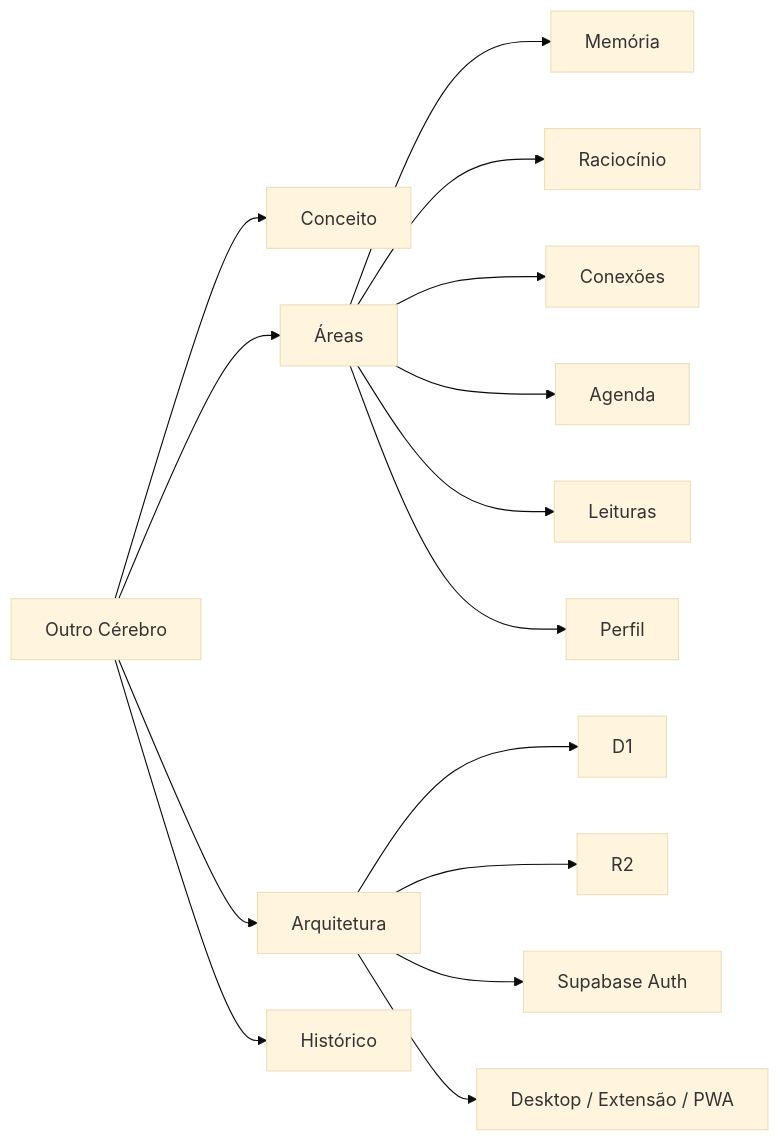
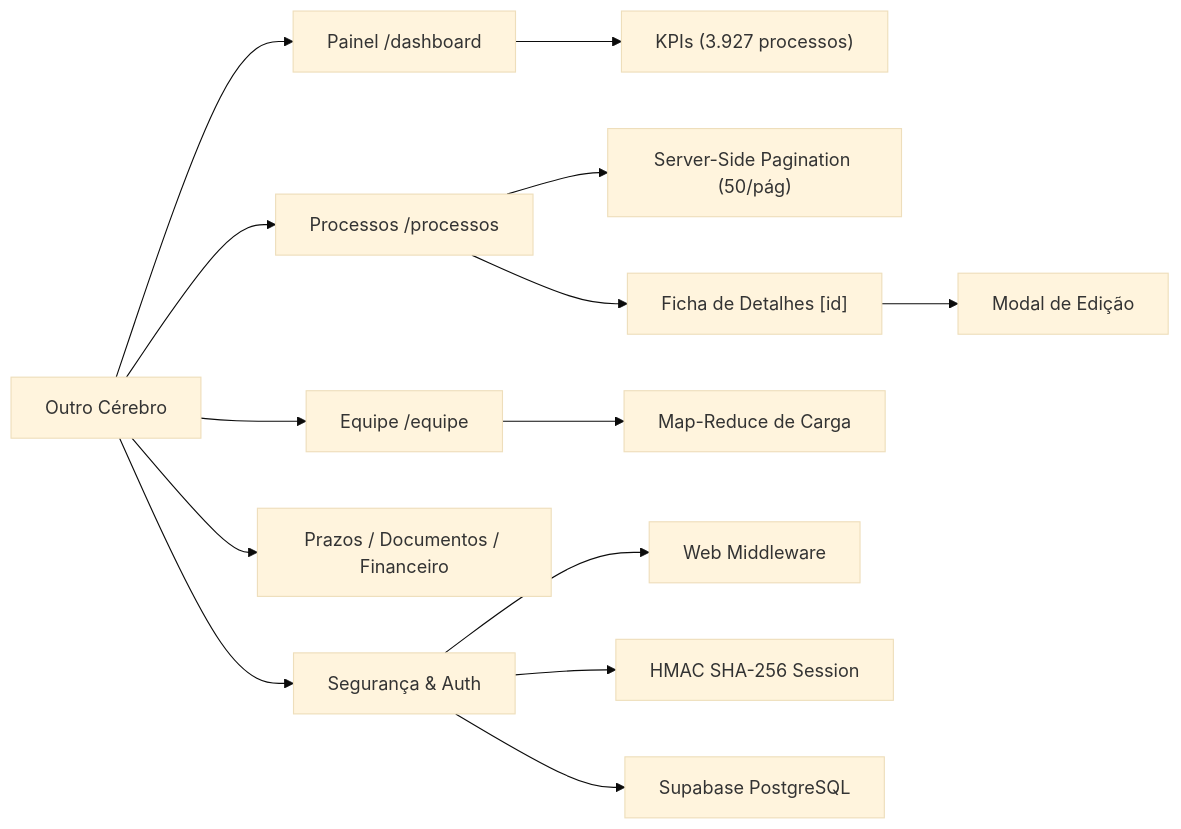
One commit to pablomaciel14/outrocerebro changed the diagram in README.md. Above: the diagram before and after it, drawn with Mermaid (base theme). The commit also changed other lines of this file and 6 other files, not shown here.

Commit message:
docs: update repository documentation to reflect legal management system, architecture, and focus theme

````diff
--- a/README.md
+++ b/README.md
@@ -35,22 +49,21 @@
 ```mermaid
 flowchart LR
-    OC["Outro Cérebro"] --> C["Conceito"]
-    OC --> A["Áreas"]
-    OC --> T["Arquitetura"]
-    OC --> H["Histórico"]
-    A --> M["Memória"]
-    A --> R["Raciocínio"]
-    A --> X["Conexões"]
-    A --> G["Agenda"]
-    A --> L["Leituras"]
-    A --> P["Perfil"]
-    T --> D["D1"]
-    T --> B["R2"]
-    T --> S["Supabase Auth"]
-    T --> CL["Desktop / Extensão / PWA"]
+    OC["Outro Cérebro"] --> D["Painel /dashboard"]
+    OC --> P["Processos /processos"]
+    OC --> E["Equipe /equipe"]
+    OC --> M["Prazos / Documentos / Financeiro"]
+    OC --> S["Segurança & Auth"]
+    
+    D --> K["KPIs (3.927 processos)"]
+    P --> PG["Server-Side Pagination (50/pág)"]
+    P --> F["Ficha de Detalhes [id]"]
+    F --> MD["Modal de Edição"]
+    E --> MR["Map-Reduce de Carga"]
+    S --> MW["Web Middleware"]
+    S --> HM["HMAC SHA-256 Session"]
+    S --> SB["Supabase PostgreSQL"]
 
-    click C "./docs/00-VISAO-GERAL.md" "Abrir conceito"
-    click A "./docs/01-AREAS-E-FLUXOS.md" "Abrir áreas"
-    click T "./docs/02-ARQUITETURA.md" "Abrir arquitetura"
-    click H "./docs/CHANGELOG.md" "Abrir histórico"
+    click D "./docs/01-AREAS-E-FLUXOS.md" "Abrir áreas e fluxos"
+    click P "./docs/01-AREAS-E-FLUXOS.md" "Abrir áreas e fluxos"
+    click S "./docs/03-DADOS-E-SEGURANCA.md" "Abrir segurança"
 ```
````
